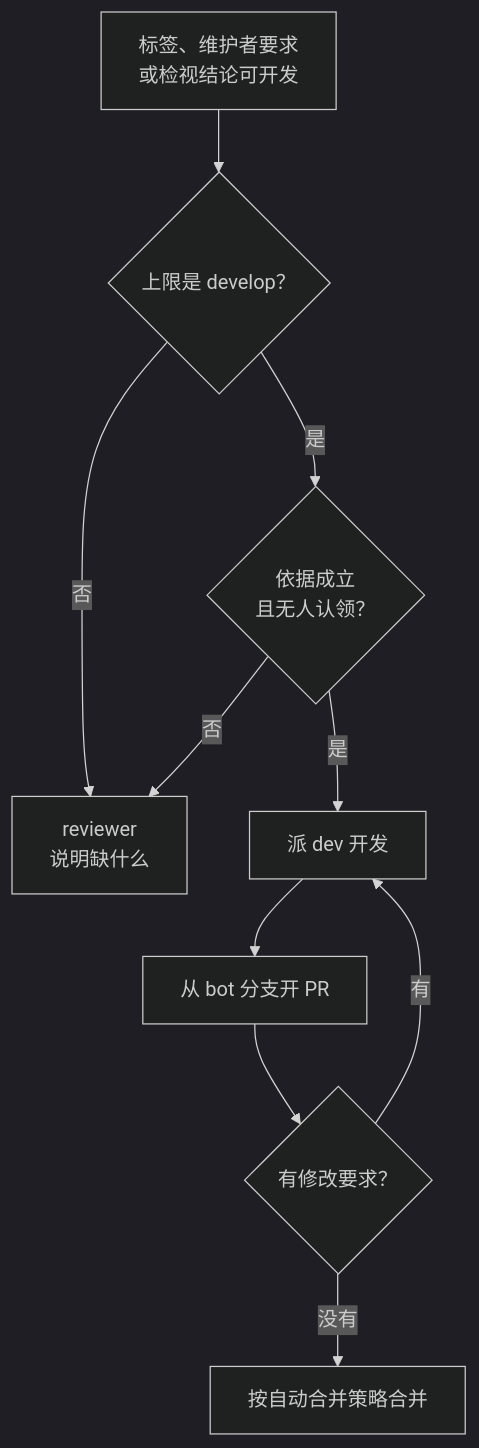
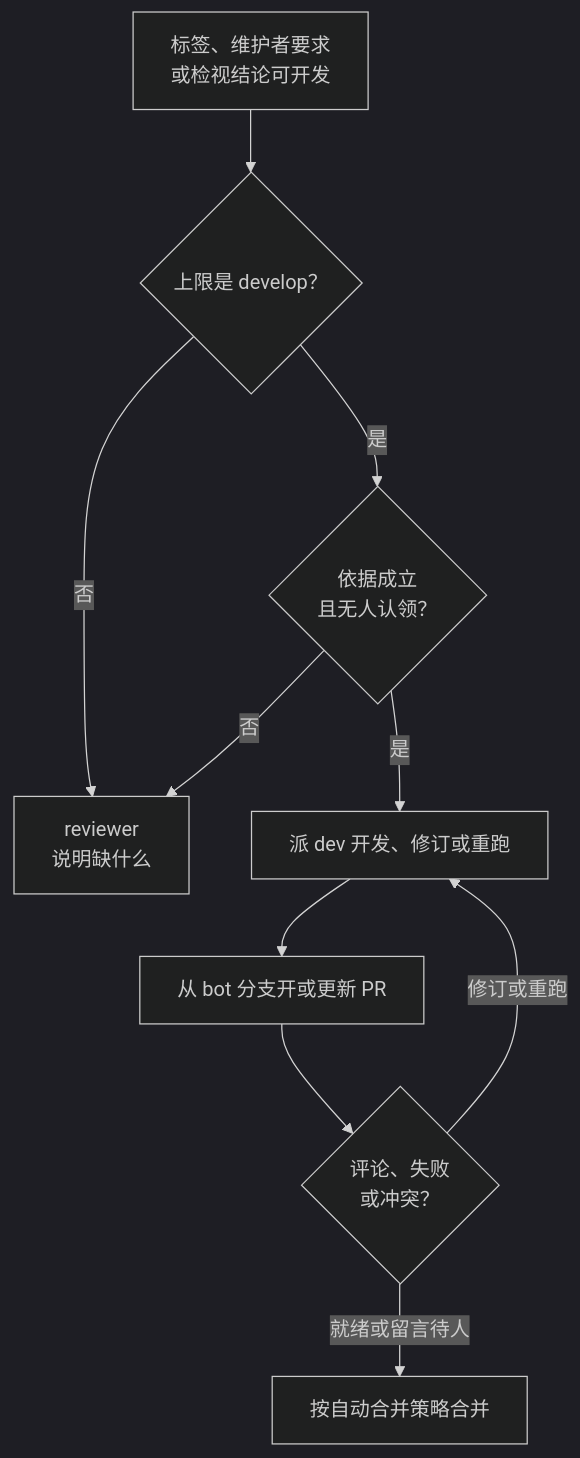
The fourth of 6 diagrams in docs/prompts/manager-dispatch.md (agent-CI-Infra/bot), drawn with Mermaid (dark theme) before and after one commit. The commit also changed other lines of this file and 22 other files, not shown here.

````diff
--- a/docs/prompts/manager-dispatch.md
+++ b/docs/prompts/manager-dispatch.md
@@ -74,12 +74,12 @@
 ```mermaid
 flowchart TD
   trig["标签、维护者要求<br>或检视结论可开发"] --> ceil{"上限是 develop？"}
   ceil -->|否| explain["reviewer<br>说明缺什么"]
   ceil -->|是| basis{"依据成立<br>且无人认领？"}
   basis -->|否| explain
-  basis -->|是| dev["派 dev 开发"]
-  dev --> pr["从 bot 分支开 PR"]
-  pr --> talk{"有修改要求？"}
-  talk -->|有| dev
-  talk -->|没有| merge["按自动合并策略合并"]
+  basis -->|是| dev["派 dev 开发、修订或重跑"]
+  dev --> pr["从 bot 分支开或更新 PR"]
+  pr --> talk{"评论、失败<br>或冲突？"}
+  talk -->|修订或重跑| dev
+  talk -->|就绪或留言待人| merge["按自动合并策略合并"]
 ```
````
